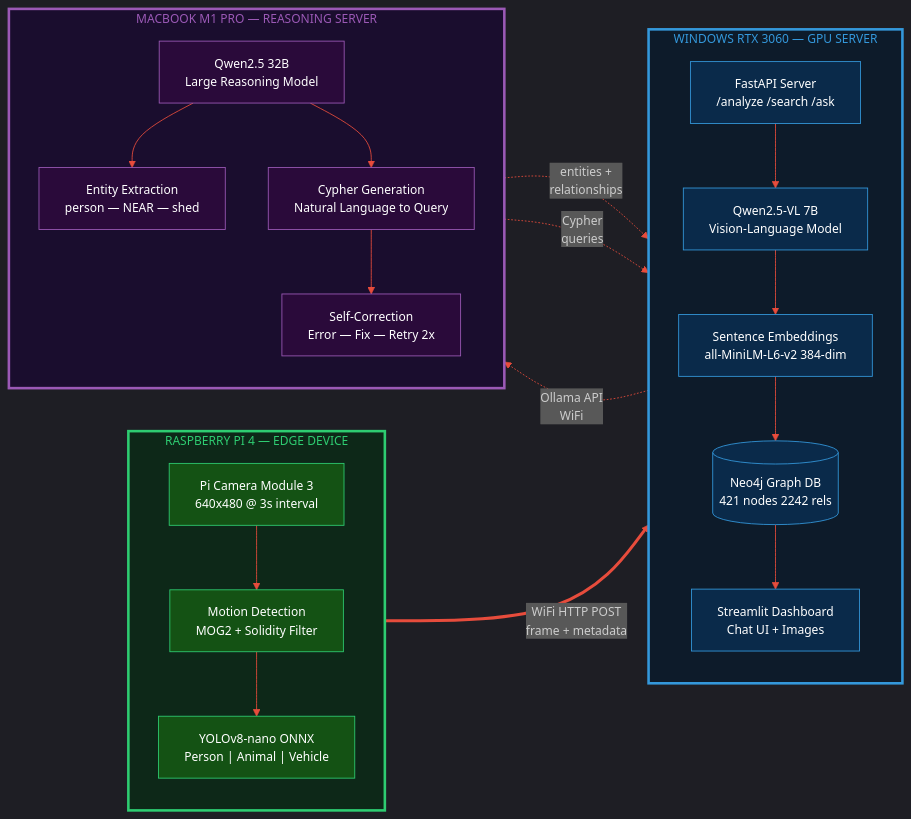
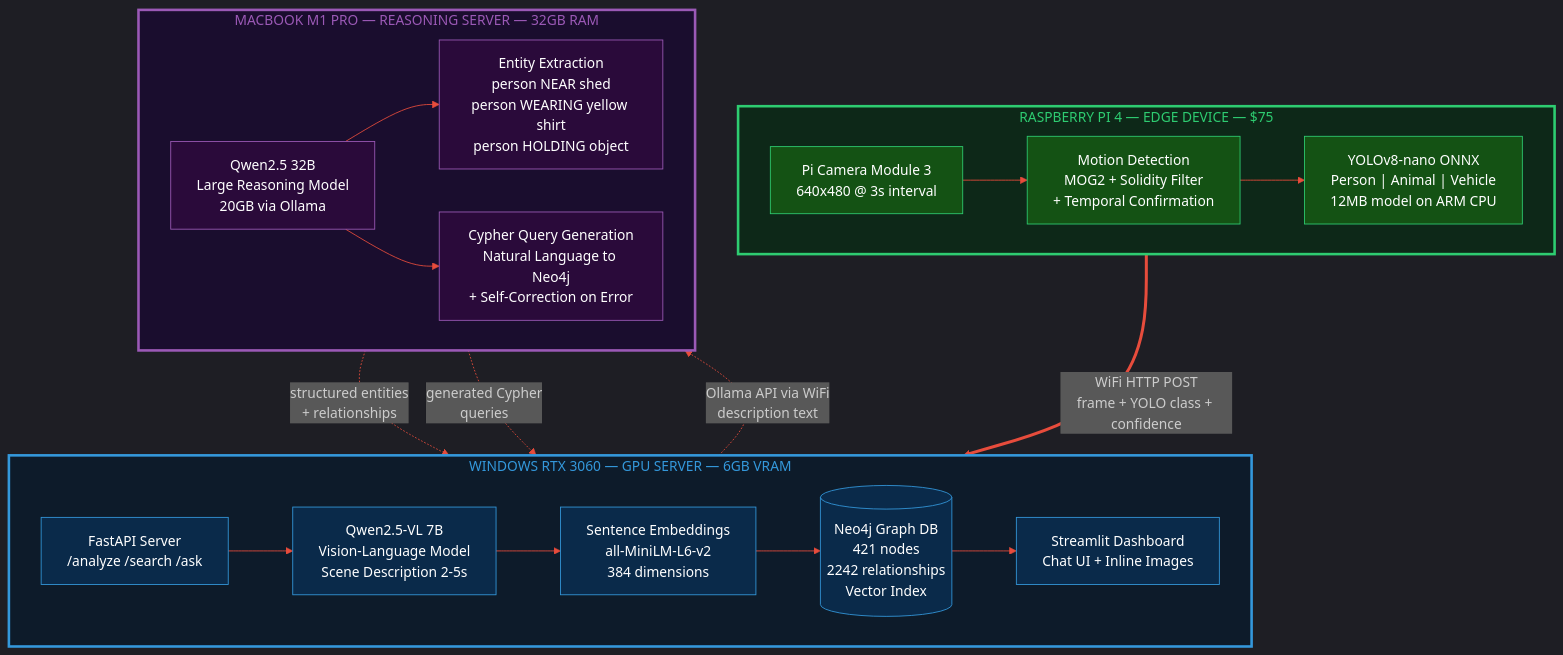
The diagram in README.md (ChallapalliHemanthsaikumar/MontiortoQuery), drawn with Mermaid before and after one commit. The commit also changed other lines of this file, not shown here.

Commit message:
Expand architecture diagram, add VLM and reasoning pipeline examples

````diff
--- a/README.md
+++ b/README.md
@@ -13,57 +13,55 @@
 ```mermaid
-%%{init: {'theme': 'dark', 'themeVariables': {'primaryColor': '#1a1a2e', 'primaryTextColor': '#fff', 'primaryBorderColor': '#3498db', 'lineColor': '#e74c3c', 'secondaryColor': '#16213e', 'tertiaryColor': '#0f3460', 'fontSize': '14px'}}}%%
+%%{init: {'theme': 'dark', 'themeVariables': {'primaryColor': '#1a1a2e', 'primaryTextColor': '#fff', 'primaryBorderColor': '#3498db', 'lineColor': '#e74c3c', 'secondaryColor': '#16213e', 'tertiaryColor': '#0f3460', 'fontSize': '16px', 'nodeTextSize': '16px'}}}%%
 
-flowchart LR
-    subgraph PI["RASPBERRY PI 4 — EDGE DEVICE"]
-        direction TB
-        CAM["Pi Camera Module 3\n640x480 @ 3s interval"]
-        MOT["Motion Detection\nMOG2 + Solidity Filter"]
-        YOLO["YOLOv8-nano ONNX\nPerson | Animal | Vehicle"]
+flowchart TB
+    subgraph PI["RASPBERRY PI 4 — EDGE DEVICE — $75"]
+        direction LR
+        CAM["Pi Camera Module 3<br/>640x480 @ 3s interval"]
+        MOT["Motion Detection<br/>MOG2 + Solidity Filter<br/>+ Temporal Confirmation"]
+        YOLO["YOLOv8-nano ONNX<br/>Person | Animal | Vehicle<br/>12MB model on ARM CPU"]
         CAM --> MOT --> YOLO
     end
 
-    subgraph WIN["WINDOWS RTX 3060 — GPU SERVER"]
-        direction TB
-        API["FastAPI Server\n/analyze  /search  /ask"]
-        VLM["Qwen2.5-VL 7B\nVision-Language Model"]
-        EMB["Sentence Embeddings\nall-MiniLM-L6-v2  384-dim"]
-        NEO[("Neo4j Graph DB\n421 nodes  2242 rels")]
-        DASH["Streamlit Dashboard\nChat UI + Images"]
+    subgraph WIN["WINDOWS RTX 3060 — GPU SERVER — 6GB VRAM"]
+        direction LR
+        API["FastAPI Server<br/>/analyze  /search  /ask"]
+        VLM["Qwen2.5-VL 7B<br/>Vision-Language Model<br/>Scene Description 2-5s"]
+        EMB["Sentence Embeddings<br/>all-MiniLM-L6-v2<br/>384 dimensions"]
+        NEO[("Neo4j Graph DB<br/>421 nodes<br/>2242 relationships<br/>Vector Index")]
+        DASH["Streamlit Dashboard<br/>Chat UI + Inline Images"]
         API --> VLM --> EMB --> NEO
         NEO --> DASH
     end
 
-    subgraph MAC["MACBOOK M1 PRO — REASONING SERVER"]
-        direction TB
-        LLM["Qwen2.5 32B\nLarge Reasoning Model"]
-        ENT["Entity Extraction\nperson — NEAR — shed"]
-        CYP["Cypher Generation\nNatural Language to Query"]
-        FIX["Self-Correction\nError — Fix — Retry 2x"]
+    subgraph MAC["MACBOOK M1 PRO — REASONING SERVER — 32GB RAM"]
+        direction LR
+        LLM["Qwen2.5 32B<br/>Large Reasoning Model<br/>20GB via Ollama"]
+        ENT["Entity Extraction<br/>person NEAR shed<br/>person WEARING yellow shirt<br/>person HOLDING object"]
+        CYP["Cypher Query Generation<br/>Natural Language to Neo4j<br/>+ Self-Correction on Error"]
         LLM --> ENT
-        LLM --> CYP --> FIX
+        LLM --> CYP
     end
 
-    YOLO ==>|"WiFi HTTP POST\nframe + metadata"| API
-    VLM -.->|"Ollama API\nWiFi"| LLM
-    LLM -.->|"entities +\nrelationships"| NEO
-    FIX -.->|"Cypher\nqueries"| NEO
+    YOLO ==>|"WiFi HTTP POST<br/>frame + YOLO class + confidence"| API
+    VLM -.->|"Ollama API via WiFi<br/>description text"| LLM
+    ENT -.->|"structured entities<br/>+ relationships"| NEO
+    CYP -.->|"generated Cypher<br/>queries"| NEO
 
     style PI fill:#0d2818,stroke:#2ecc71,stroke-width:3px,color:#2ecc71
     style WIN fill:#0d1b2a,stroke:#3498db,stroke-width:3px,color:#3498db
     style MAC fill:#1a0d2e,stroke:#9b59b6,stroke-width:3px,color:#9b59b6
 
     style CAM fill:#145214,stroke:#2ecc71,color:#fff
     style MOT fill:#145214,stroke:#2ecc71,color:#fff
     style YOLO fill:#145214,stroke:#2ecc71,color:#fff
 
     style API fill:#0a2a4a,stroke:#3498db,color:#fff
     style VLM fill:#0a2a4a,stroke:#3498db,color:#fff
     style EMB fill:#0a2a4a,stroke:#3498db,color:#fff
     style NEO fill:#0a2a4a,stroke:#3498db,color:#fff
     style DASH fill:#0a2a4a,stroke:#3498db,color:#fff
 
     style LLM fill:#2a0a3a,stroke:#9b59b6,color:#fff
     style ENT fill:#2a0a3a,stroke:#9b59b6,color:#fff
     style CYP fill:#2a0a3a,stroke:#9b59b6,color:#fff
-    style FIX fill:#2a0a3a,stroke:#9b59b6,color:#fff
 ```
````
